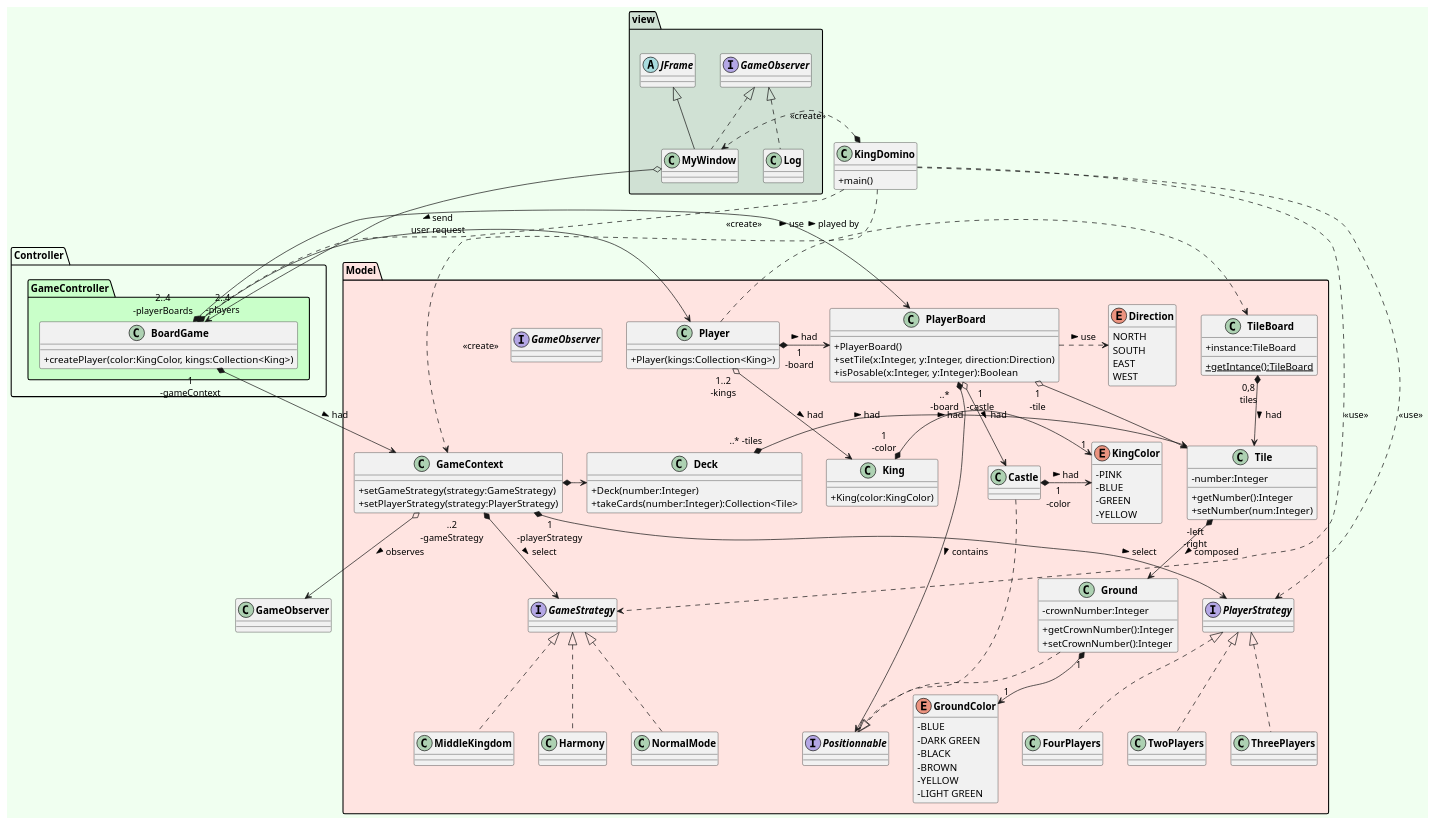
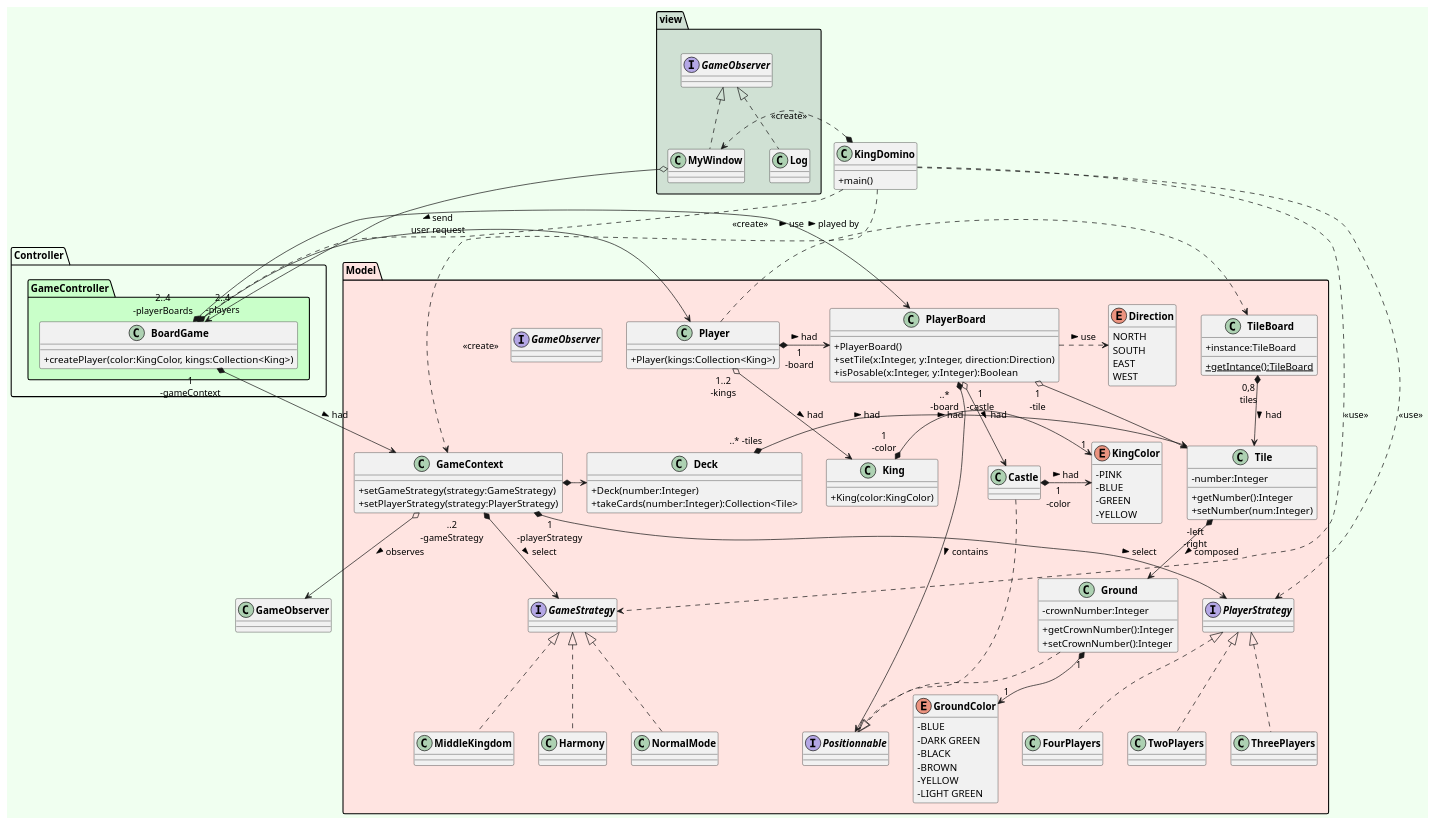
Before and after one commit to ErenMustafaGit/Kingdomino: the diagram in kingdomino/UML/View.puml, drawn with PlantUML. The commit also changed 17 other files, not shown here.

```diff
--- a/kingdomino/UML/View.puml
+++ b/kingdomino/UML/View.puml
@@ -151,11 +151,8 @@
 'package VIEW
 package view #D0E1D4{
     'application du jeu (design avec Swing)
-    class MyWindow extends JFrame implements GameObserver{
+    class MyWindow implements GameObserver{
 
-    }
-    'JFRAME
-    abstract class JFrame{
     }
 
     'classe qui va permettre de notifier la partie utilisée et le score final en fin de partie
```
